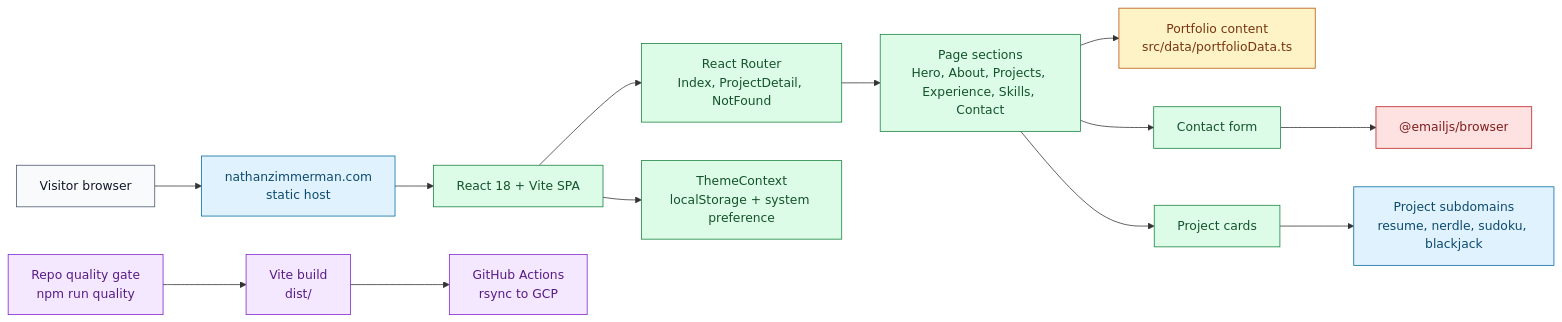
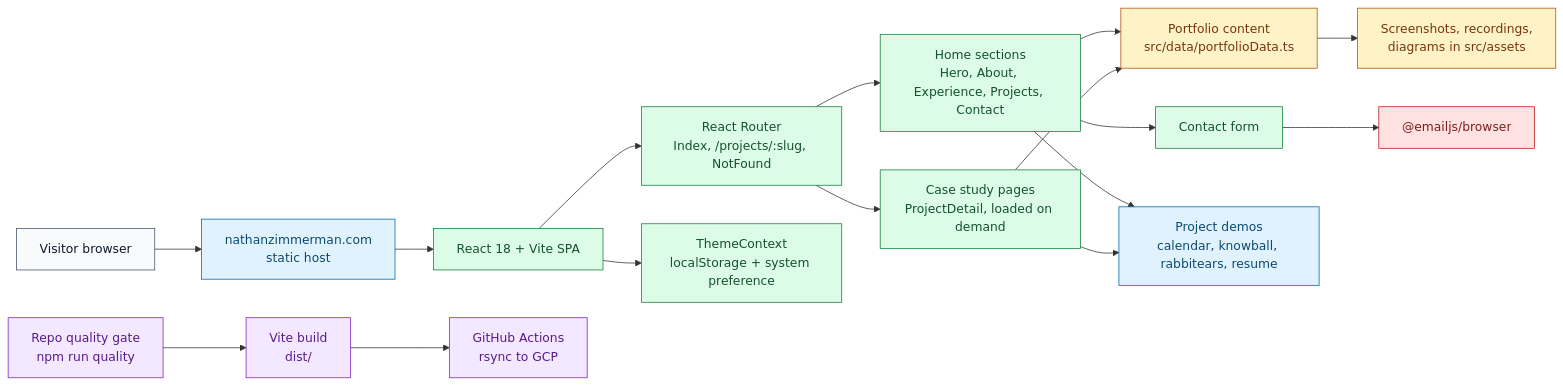
One commit to natezimm/nathanzimmerman.com changed the first of 2 diagrams in docs/architecture.md. Above: the diagram before and after it, drawn with Mermaid. The commit also changed other lines of this file and 54 other files, not shown here.

````diff
--- a/docs/architecture.md
+++ b/docs/architecture.md
@@ -9,30 +9,30 @@
 ```mermaid
 flowchart LR
   Visitor["Visitor browser"] --> Site["nathanzimmerman.com<br/>static host"]
   Site --> App["React 18 + Vite SPA"]
-  App --> Router["React Router<br/>Index, ProjectDetail, NotFound"]
-  Router --> Sections["Page sections<br/>Hero, About, Projects, Experience, Skills, Contact"]
+  App --> Router["React Router<br/>Index, /projects/:slug, NotFound"]
+  Router --> Sections["Home sections<br/>Hero, About, Experience, Projects, Contact"]
+  Router --> CaseStudies["Case study pages<br/>ProjectDetail, loaded on demand"]
   Sections --> Content["Portfolio content<br/>src/data/portfolioData.ts"]
+  CaseStudies --> Content
+  Content --> Media["Screenshots, recordings,<br/>diagrams in src/assets"]
   App --> Theme["ThemeContext<br/>localStorage + system preference"]
   Sections --> Contact["Contact form"]
   Contact --> EmailJS["@emailjs/browser"]
-  Sections --> Projects["Project cards"]
-  Projects --> ProjectSites["Project subdomains<br/>resume, nerdle, sudoku, blackjack"]
+  Sections & CaseStudies --> ProjectSites["Project demos<br/>calendar, knowball, rabbitears, resume"]
   Repo["Repo quality gate<br/>npm run quality"] --> Build["Vite build<br/>dist/"]
   Build --> Deploy["GitHub Actions<br/>rsync to GCP"]
 
   classDef user fill:#f8fafc,stroke:#475569,color:#0f172a
   classDef site fill:#e0f2fe,stroke:#0369a1,color:#0c4a6e
-  classDef server fill:#ffedd5,stroke:#c2410c,color:#7c2d12
-  classDef repo fill:#eef2ff,stroke:#4338ca,color:#312e81
   classDef client fill:#dcfce7,stroke:#15803d,color:#14532d
   classDef data fill:#fef3c7,stroke:#b45309,color:#78350f
   classDef delivery fill:#f3e8ff,stroke:#7e22ce,color:#581c87
   classDef external fill:#fee2e2,stroke:#b91c1c,color:#7f1d1d
   class Visitor user
   class Site,ProjectSites site
-  class App,Router,Sections,Theme,Contact,Projects client
-  class Content data
+  class App,Router,Sections,CaseStudies,Theme,Contact client
+  class Content,Media data
   class Repo,Build,Deploy delivery
   class EmailJS external
 ```
````
